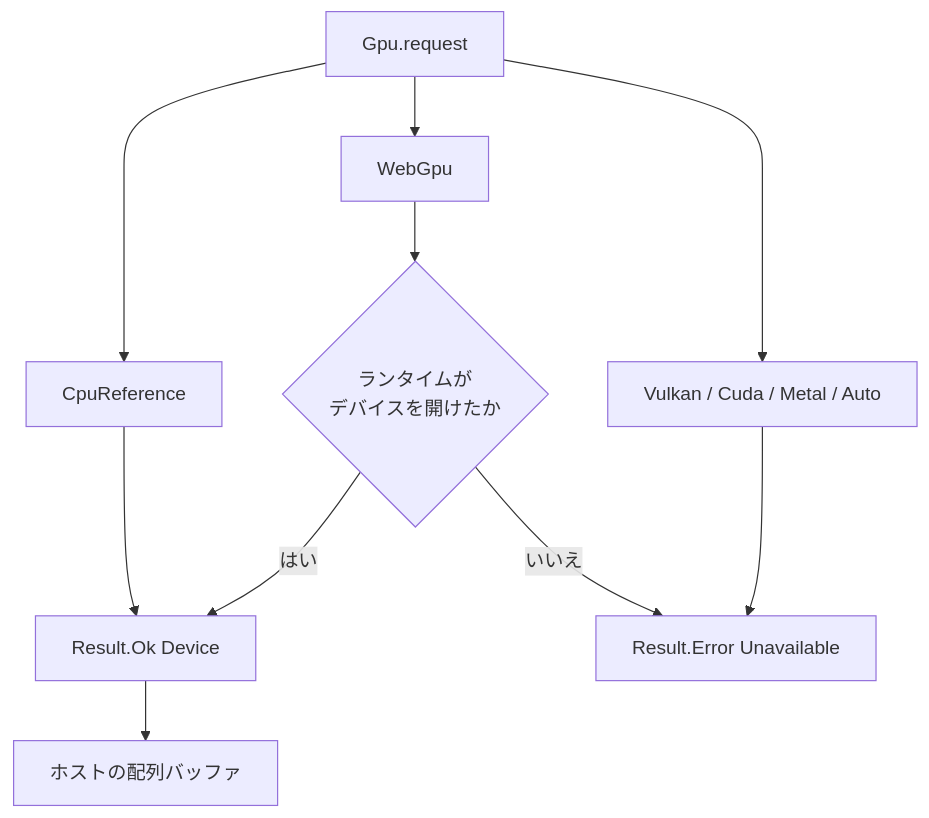
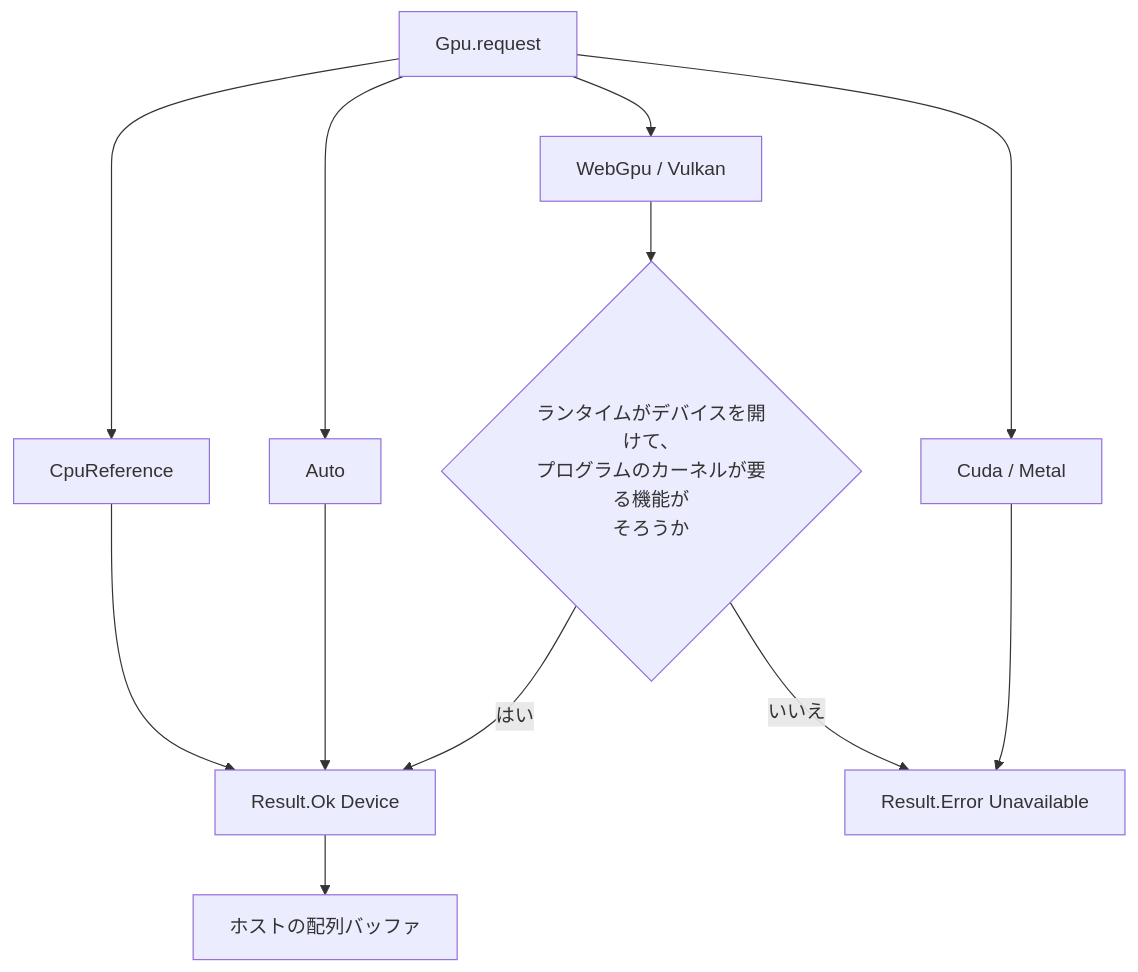
One commit to tatsuya-midorikawa/Tsuzuri changed the first of 2 diagrams in _tsuzuri/language-reference/built-in-types-and-modules/gpu.md. Above: the diagram before and after it, drawn with Mermaid. The commit also changed other lines of this file and 10 other files, not shown here.

First line of the commit message:
Document the Vulkan backend, SPIR-V output, Gpu.Auto and the conformance probe

````diff
--- a/_tsuzuri/language-reference/built-in-types-and-modules/gpu.md
+++ b/_tsuzuri/language-reference/built-in-types-and-modules/gpu.md
@@ -38,13 +37,15 @@
 ```mermaid
 flowchart TD
   req["Gpu.request"]
   req --> cpu["CpuReference"]
-  req --> web["WebGpu"]
-  req --> other["Vulkan / Cuda / Metal / Auto"]
+  req --> auto["Auto"]
+  req --> dev["WebGpu / Vulkan"]
+  req --> other["Cuda / Metal"]
   cpu --> ok["Result.Ok Device"]
-  web --> open{"ランタイムが<br/>デバイスを開けたか"}
+  auto --> ok
+  dev --> open{"ランタイムがデバイスを開けて、<br/>プログラムのカーネルが要る機能が<br/>そろうか"}
   open -->|はい| ok
   open -->|いいえ| err["Result.Error Unavailable"]
   other --> err
   ok --> buf["ホストの配列バッファ"]
 ```
````
